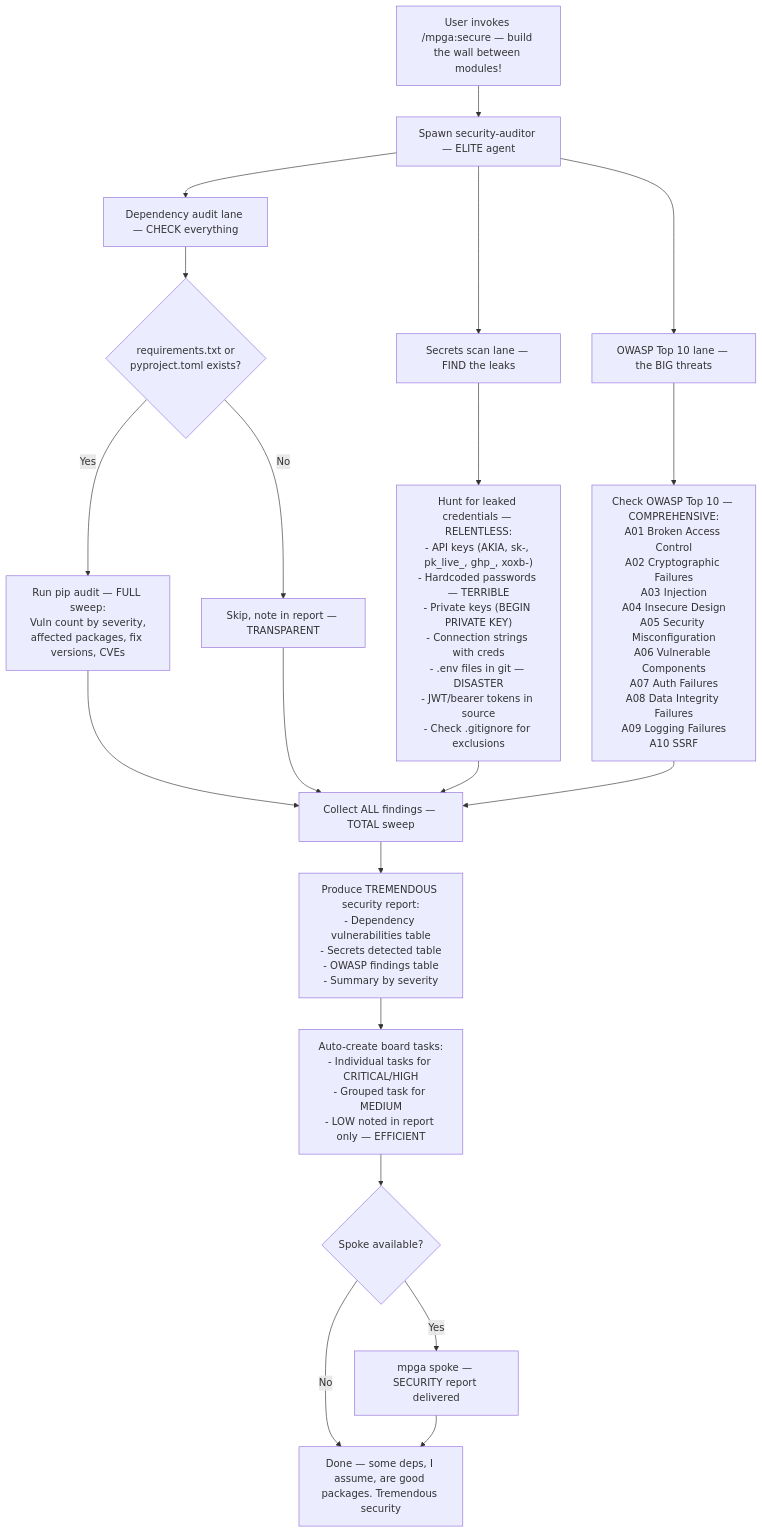
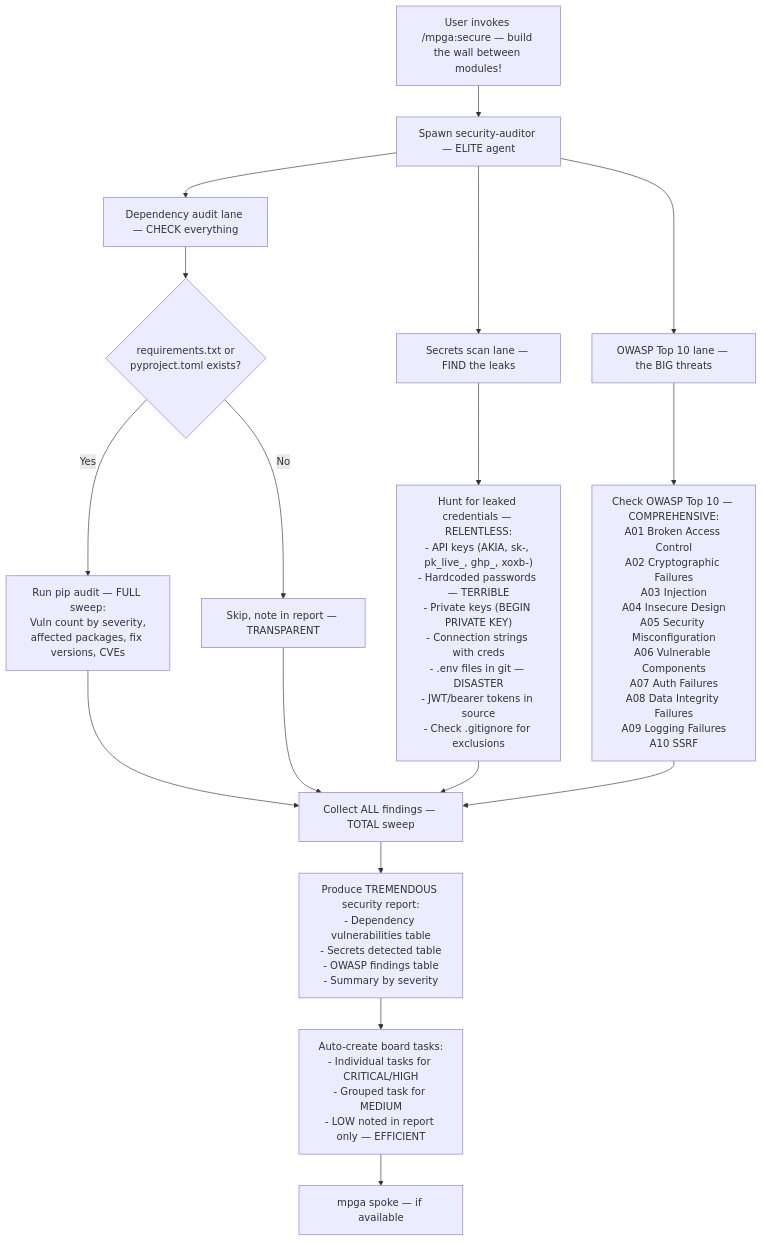
Before and after one commit to benrben/MPGA: the diagram in docs/diagrams/skills/secure.md, drawn with Mermaid. The commit also changed 73 other files, not shown here.

First line of the commit message:
refactor: standardize mpga spoke references across agents and skills

````diff
--- a/docs/diagrams/skills/secure.md
+++ b/docs/diagrams/skills/secure.md
@@ -5,30 +5,27 @@
 ```mermaid
 flowchart TD
     A[User invokes /mpga:secure — build the wall between modules!] --> B[Spawn security-auditor — ELITE agent]
 
     B --> C[Dependency audit lane — CHECK everything]
     B --> D[Secrets scan lane — FIND the leaks]
     B --> E[OWASP Top 10 lane — the BIG threats]
 
     C --> F{"requirements.txt or\npyproject.toml exists?"}
     F -->|Yes| G["Run pip audit — FULL sweep:\nVuln count by severity,\naffected packages, fix versions, CVEs"]
     F -->|No| H[Skip, note in report — TRANSPARENT]
 
     D --> I["Hunt for leaked credentials — RELENTLESS:\n- API keys (AKIA, sk-, pk_live_, ghp_, xoxb-)\n- Hardcoded passwords — TERRIBLE\n- Private keys (BEGIN PRIVATE KEY)\n- Connection strings with creds\n- .env files in git — DISASTER\n- JWT/bearer tokens in source\n- Check .gitignore for exclusions"]
 
     E --> J["Check OWASP Top 10 — COMPREHENSIVE:\nA01 Broken Access Control\nA02 Cryptographic Failures\nA03 Injection\nA04 Insecure Design\nA05 Security Misconfiguration\nA06 Vulnerable Components\nA07 Auth Failures\nA08 Data Integrity Failures\nA09 Logging Failures\nA10 SSRF"]
 
     G --> K[Collect ALL findings — TOTAL sweep]
     H --> K
     I --> K
     J --> K
 
     K --> L["Produce TREMENDOUS security report:\n- Dependency vulnerabilities table\n- Secrets detected table\n- OWASP findings table\n- Summary by severity"]
 
     L --> M["Auto-create board tasks:\n- Individual tasks for CRITICAL/HIGH\n- Grouped task for MEDIUM\n- LOW noted in report only — EFFICIENT"]
 
-    M --> N{Spoke available?}
-    N -->|Yes| O[mpga spoke — SECURITY report delivered]
-    N -->|No| P[Done — some deps, I assume, are good packages. Tremendous security]
-    O --> P
+    M --> N[mpga spoke — if available]
 ```
````
